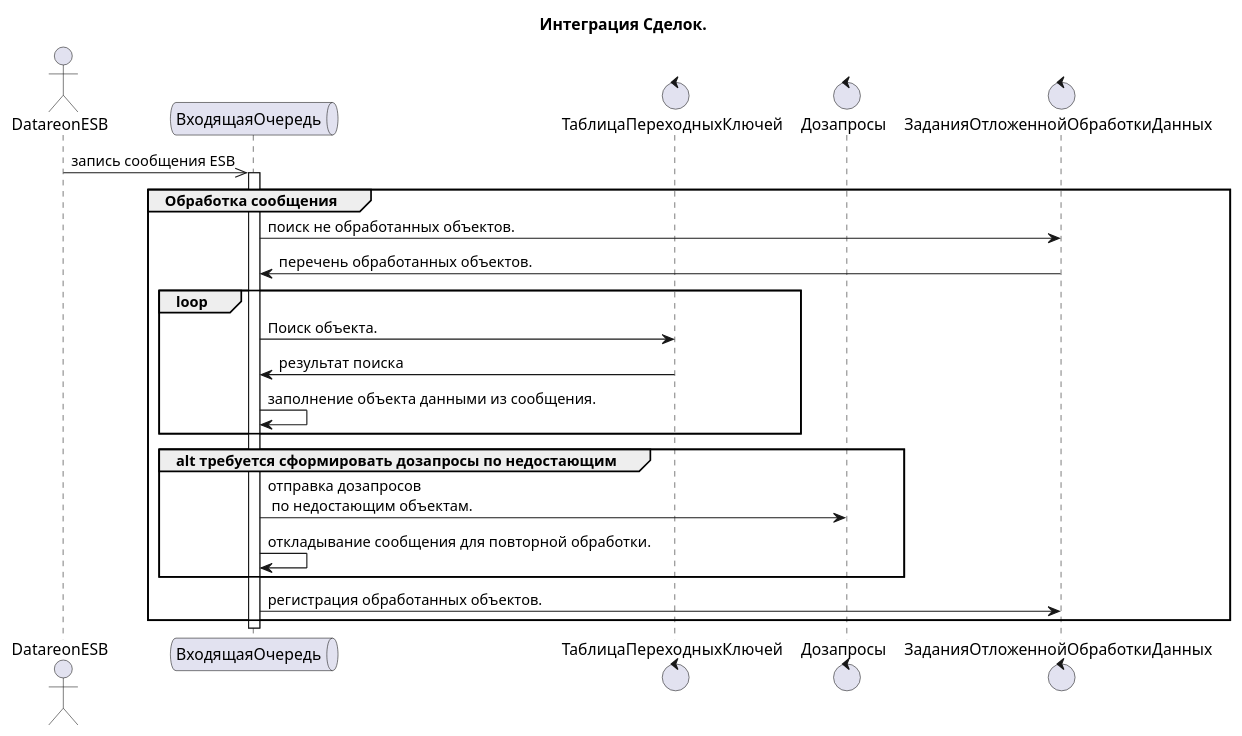
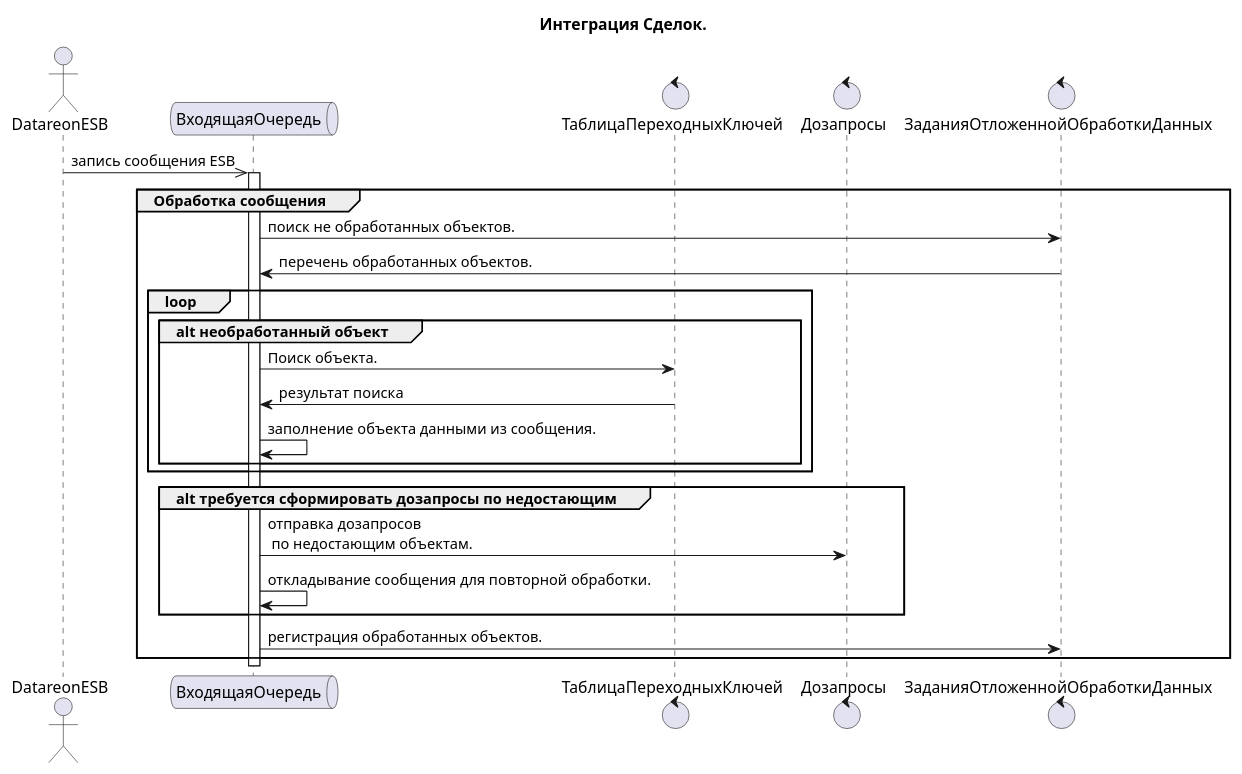
The diagram in integration/description/sheme_collector_adrequest.wsd (ekurpyaev/rules_md), drawn with PlantUML before and after one commit. The commit also changed 1 other file, not shown here.

```diff
--- a/integration/description/sheme_collector_adrequest.wsd
+++ b/integration/description/sheme_collector_adrequest.wsd
@@ -2,41 +2,43 @@
 @startuml integration
 
 title Интеграция Сделок.
 
 actor      DatareonESB order 10
 queue      ВходящаяОчередь order 20
 Control    ТаблицаПереходныхКлючей order 30
 Control    Дозапросы order 50
 Control    ЗаданияОтложеннойОбработкиДанных order 70
 
 DatareonESB ->> ВходящаяОчередь : запись сообщения ESB
 activate ВходящаяОчередь
 
 group Обработка cообщения
 
     ВходящаяОчередь -> ЗаданияОтложеннойОбработкиДанных : поиск не обработанных объектов.
     ЗаданияОтложеннойОбработкиДанных -> ВходящаяОчередь : перечень обработанных объектов.
 
     group loop
 
-        ВходящаяОчередь -> ТаблицаПереходныхКлючей : Поиск объекта.
+        group alt необработанный объект
+            ВходящаяОчередь -> ТаблицаПереходныхКлючей : Поиск объекта.
 
-        ТаблицаПереходныхКлючей -> ВходящаяОчередь :  результат поиска
+            ТаблицаПереходныхКлючей -> ВходящаяОчередь :  результат поиска
 
-        ВходящаяОчередь -> ВходящаяОчередь :  заполнение объекта данными из сообщения.
+            ВходящаяОчередь -> ВходящаяОчередь :  заполнение объекта данными из сообщения.
 
+        end
     end
 
     group alt требуется сформировать дозапросы по недостающим
 
         ВходящаяОчередь -> Дозапросы : отправка дозапросов\n по недостающим объектам.
         ВходящаяОчередь -> ВходящаяОчередь : откладывание сообщения для повторной обработки.
 
     end
 
     ВходящаяОчередь -> ЗаданияОтложеннойОбработкиДанных : регистрация обработанных объектов.
 
 end
 deactivate ВходящаяОчередь
 
 @enduml
```
